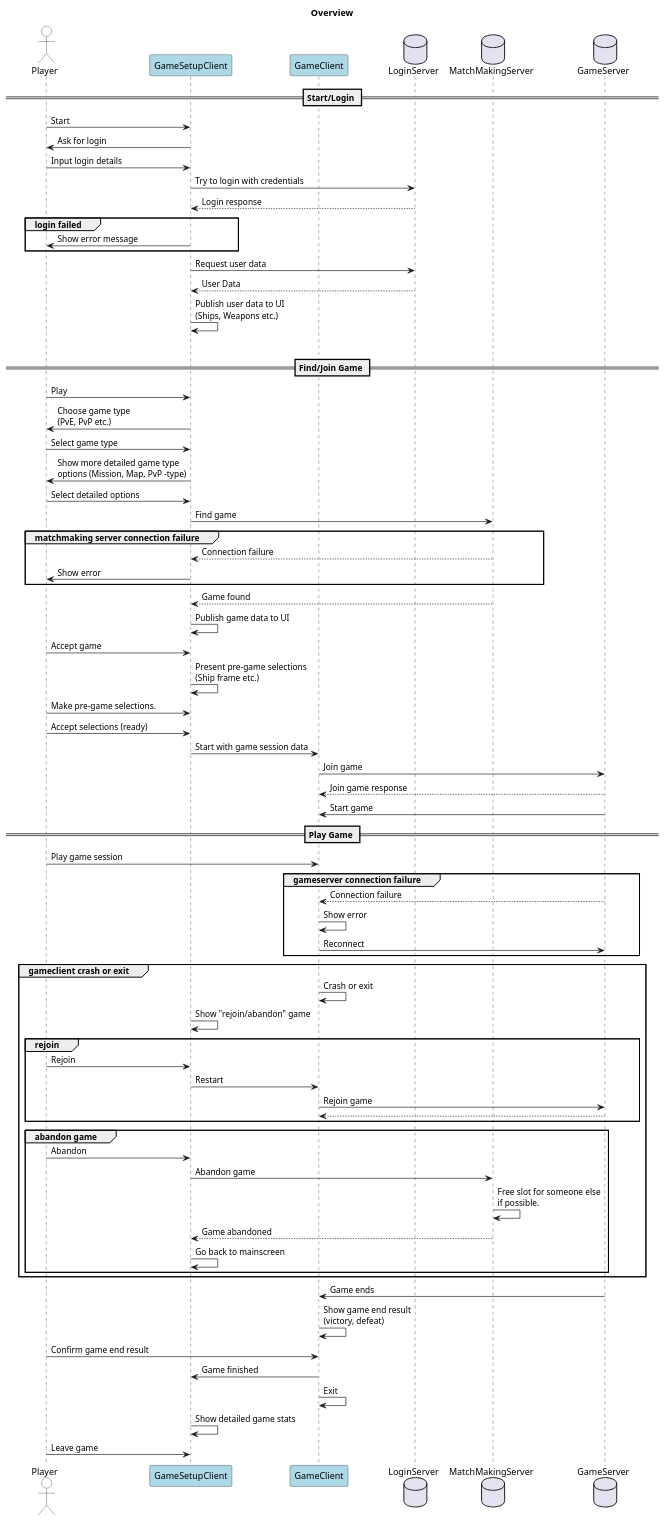
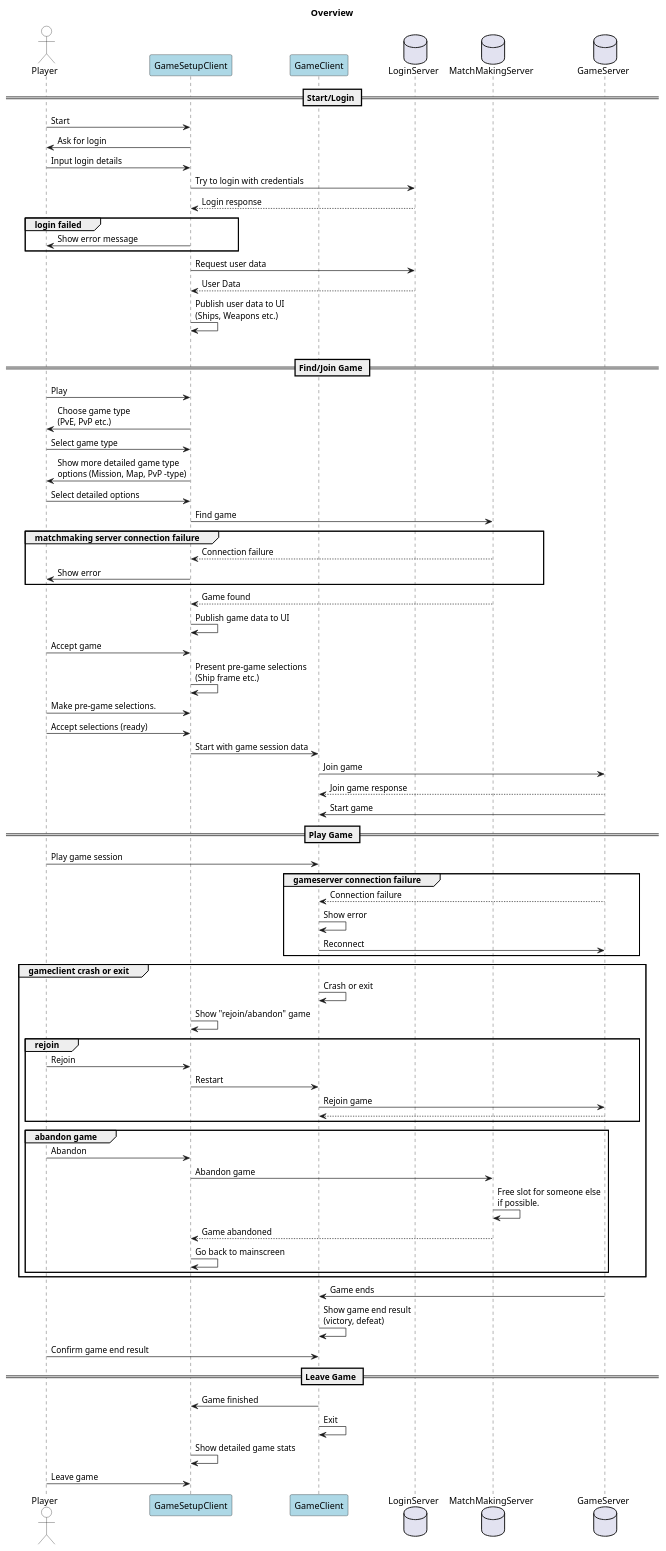
One commit to gomsu/aw-moba-docs changed the diagram in diagrams/overview.puml. Above: the diagram before and after it, drawn with PlantUML.

Commit message:
Add sections to overview

```diff
--- a/diagrams/overview.puml
+++ b/diagrams/overview.puml
@@ -1,74 +1,75 @@
 @startuml
 title Overview
 actor Player #white
 participant GameSetupClient #lightblue
 participant GameClient #lightblue
 database LoginServer
 database MatchMakingServer
 database GameServer
 == Start/Login ==
 Player -> GameSetupClient : Start
 GameSetupClient -> Player : Ask for login
 Player -> GameSetupClient : Input login details
 GameSetupClient -> LoginServer : Try to login with credentials
 LoginServer --> GameSetupClient : Login response
 group login failed
 GameSetupClient -> Player : Show error message
 end group
 GameSetupClient -> LoginServer : Request user data
 LoginServer --> GameSetupClient : User Data
 GameSetupClient -> GameSetupClient : Publish user data to UI\n(Ships, Weapons etc.)
 group
 == Find/Join Game ==
 Player -> GameSetupClient : Play
 GameSetupClient -> Player : Choose game type\n(PvE, PvP etc.)
 Player -> GameSetupClient : Select game type
 GameSetupClient -> Player : Show more detailed game type\noptions (Mission, Map, PvP -type)
 Player -> GameSetupClient : Select detailed options
 GameSetupClient -> MatchMakingServer : Find game
 group matchmaking server connection failure
 MatchMakingServer --> GameSetupClient : Connection failure
 GameSetupClient -> Player : Show error
 end group
 MatchMakingServer --> GameSetupClient : Game found
 GameSetupClient -> GameSetupClient : Publish game data to UI
 Player -> GameSetupClient : Accept game
 GameSetupClient -> GameSetupClient : Present pre-game selections\n(Ship frame etc.)
 Player -> GameSetupClient : Make pre-game selections.
 Player -> GameSetupClient : Accept selections (ready)
 GameSetupClient -> GameClient : Start with game session data
 GameClient -> GameServer : Join game
 GameServer --> GameClient : Join game response
 GameServer -> GameClient : Start game
 == Play Game ==
 Player -> GameClient : Play game session
 group gameserver connection failure
 GameServer --> GameClient : Connection failure
 GameClient -> GameClient : Show error
 GameClient -> GameServer : Reconnect
 end group
 group gameclient crash or exit
 GameClient -> GameClient : Crash or exit
 GameSetupClient -> GameSetupClient : Show "rejoin/abandon" game
 group rejoin
 Player -> GameSetupClient : Rejoin
 GameSetupClient -> GameClient : Restart
 GameClient -> GameServer : Rejoin game
 GameServer --> GameClient
 end group
 group abandon game
 Player -> GameSetupClient : Abandon
 GameSetupClient -> MatchMakingServer : Abandon game
 MatchMakingServer -> MatchMakingServer : Free slot for someone else\nif possible.
 MatchMakingServer --> GameSetupClient : Game abandoned
 GameSetupClient -> GameSetupClient : Go back to mainscreen
 end group
 end group
 GameServer -> GameClient : Game ends
 GameClient -> GameClient : Show game end result\n(victory, defeat)
 Player -> GameClient : Confirm game end result
+== Leave Game ==
 GameClient -> GameSetupClient : Game finished
 GameClient -> GameClient : Exit
 GameSetupClient -> GameSetupClient : Show detailed game stats
 Player -> GameSetupClient : Leave game
 @enduml
```
